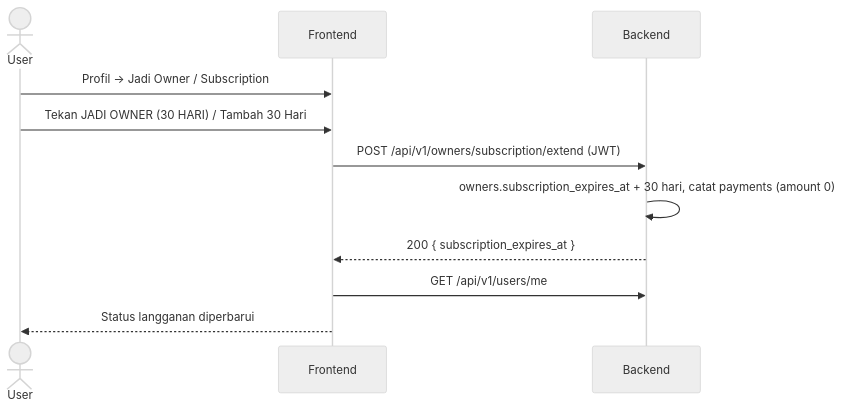
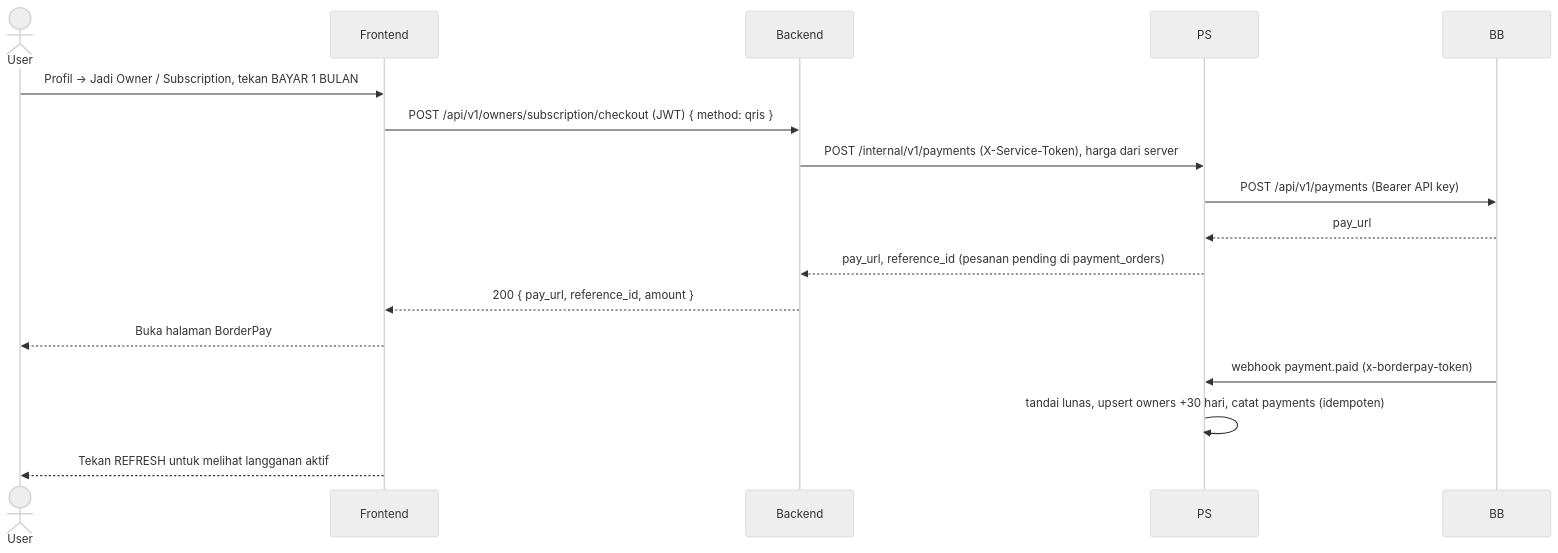
One commit to monte-christo-gilberd/Queue-Management-System changed the fifth of 5 diagrams in FLOW.md. Above: the diagram before and after it, drawn with Mermaid (neutral theme). The commit also changed other lines of this file and 28 other files, not shown here.

````diff
--- a/FLOW.md
+++ b/FLOW.md
@@ -203,13 +205,17 @@
 ```mermaid
 sequenceDiagram
     actor U as User
     participant FE as Frontend
     participant BE as Backend
-    U->>FE: Profil → Jadi Owner / Subscription
-    U->>FE: Tekan JADI OWNER (30 HARI) / Tambah 30 Hari
-    FE->>BE: POST /api/v1/owners/subscription/extend (JWT)
-    BE->>BE: owners.subscription_expires_at + 30 hari, catat payments (amount 0)
-    BE-->>FE: 200 { subscription_expires_at }
-    FE->>BE: GET /api/v1/users/me
-    FE-->>U: Status langganan diperbarui
+    U->>FE: Profil → Jadi Owner / Subscription, tekan BAYAR 1 BULAN
+    FE->>BE: POST /api/v1/owners/subscription/checkout (JWT) { method: qris }
+    BE->>PS: POST /internal/v1/payments (X-Service-Token), harga dari server
+    PS->>BB: POST /api/v1/payments (Bearer API key)
+    BB-->>PS: pay_url
+    PS-->>BE: pay_url, reference_id (pesanan pending di payment_orders)
+    BE-->>FE: 200 { pay_url, reference_id, amount }
+    FE-->>U: Buka halaman BorderPay
+    BB->>PS: webhook payment.paid (x-borderpay-token)
+    PS->>PS: tandai lunas, upsert owners +30 hari, catat payments (idempoten)
+    FE-->>U: Tekan REFRESH untuk melihat langganan aktif
 ```
````
